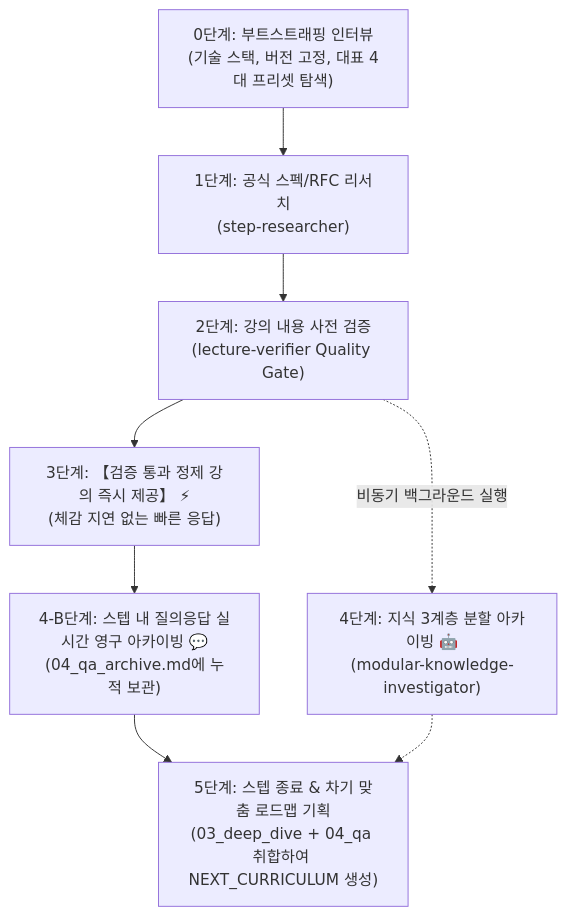
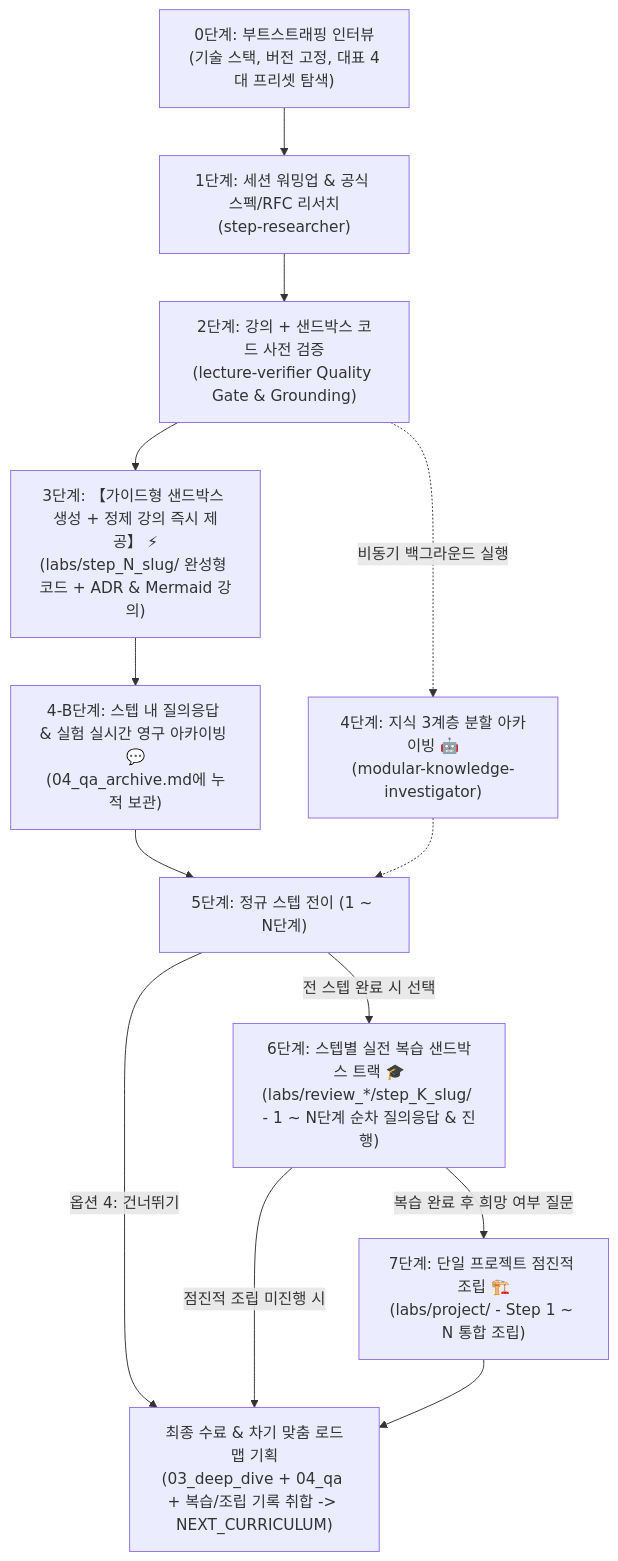
Before and after one commit to yg3988/learning-with-ai-tutor: the diagram in README.md, drawn with Mermaid. The commit also changed other lines of this file and 9 other files, not shown here.

First line of the commit message:
feat: add guided sandbox labs, step-by-step mastery review, capstone assembly, and compaction drift guards

````diff
--- a/README.md
+++ b/README.md
@@ -40,10 +40,15 @@
 ```mermaid
 flowchart TD
-    S0["0단계: 부트스트래핑 인터뷰<br/>(기술 스택, 버전 고정, 대표 4대 프리셋 탐색)"] --> S1["1단계: 공식 스펙/RFC 리서치<br/>(step-researcher)"]
-    S1 --> S2["2단계: 강의 내용 사전 검증<br/>(lecture-verifier Quality Gate)"]
-    S2 --> S3["3단계: 【검증 통과 정제 강의 즉시 제공】 ⚡<br/>(체감 지연 없는 빠른 응답)"]
+    S0["0단계: 부트스트래핑 인터뷰<br/>(기술 스택, 버전 고정, 대표 4대 프리셋 탐색)"] --> S1["1단계: 세션 워밍업 & 공식 스펙/RFC 리서치<br/>(step-researcher)"]
+    S1 --> S2["2단계: 강의 + 샌드박스 코드 사전 검증<br/>(lecture-verifier Quality Gate & Grounding)"]
+    S2 --> S3["3단계: 【가이드형 샌드박스 생성 + 정제 강의 즉시 제공】 ⚡<br/>(labs/step_N_slug/ 완성형 코드 + ADR & Mermaid 강의)"]
     S2 -.->|"비동기 백그라운드 실행"| S4["4단계: 지식 3계층 분할 아카이빙 🤖<br/>(modular-knowledge-investigator)"]
-    S3 --> S3B["4-B단계: 스텝 내 질의응답 실시간 영구 아카이빙 💬<br/>(04_qa_archive.md에 누적 보관)"]
-    S3B --> S5["5단계: 스텝 종료 & 차기 맞춤 로드맵 기획<br/>(03_deep_dive + 04_qa 취합하여 NEXT_CURRICULUM 생성)"]
+    S3 --> S3B["4-B단계: 스텝 내 질의응답 & 실험 실시간 영구 아카이빙 💬<br/>(04_qa_archive.md에 누적 보관)"]
+    S3B --> S5["5단계: 정규 스텝 전이 (1 ~ N단계)"]
     S4 -.-> S5
+    S5 -->|"전 스텝 완료 시 선택"| S6["6단계: 스텝별 실전 복습 샌드박스 트랙 🎓<br/>(labs/review_*/step_K_slug/ - 1 ~ N단계 순차 질의응답 & 진행)"]
+    S5 -->|"옵션 4: 건너뛰기"| S8["최종 수료 & 차기 맞춤 로드맵 기획<br/>(03_deep_dive + 04_qa + 복습/조립 기록 취합 -> NEXT_CURRICULUM)"]
+    S6 -->|"복습 완료 후 희망 여부 질문"| S7["7단계: 단일 프로젝트 점진적 조립 🏗️<br/>(labs/project/ - Step 1 ~ N 통합 조립)"]
+    S6 -->|"점진적 조립 미진행 시"| S8
+    S7 --> S8
 ```
````
